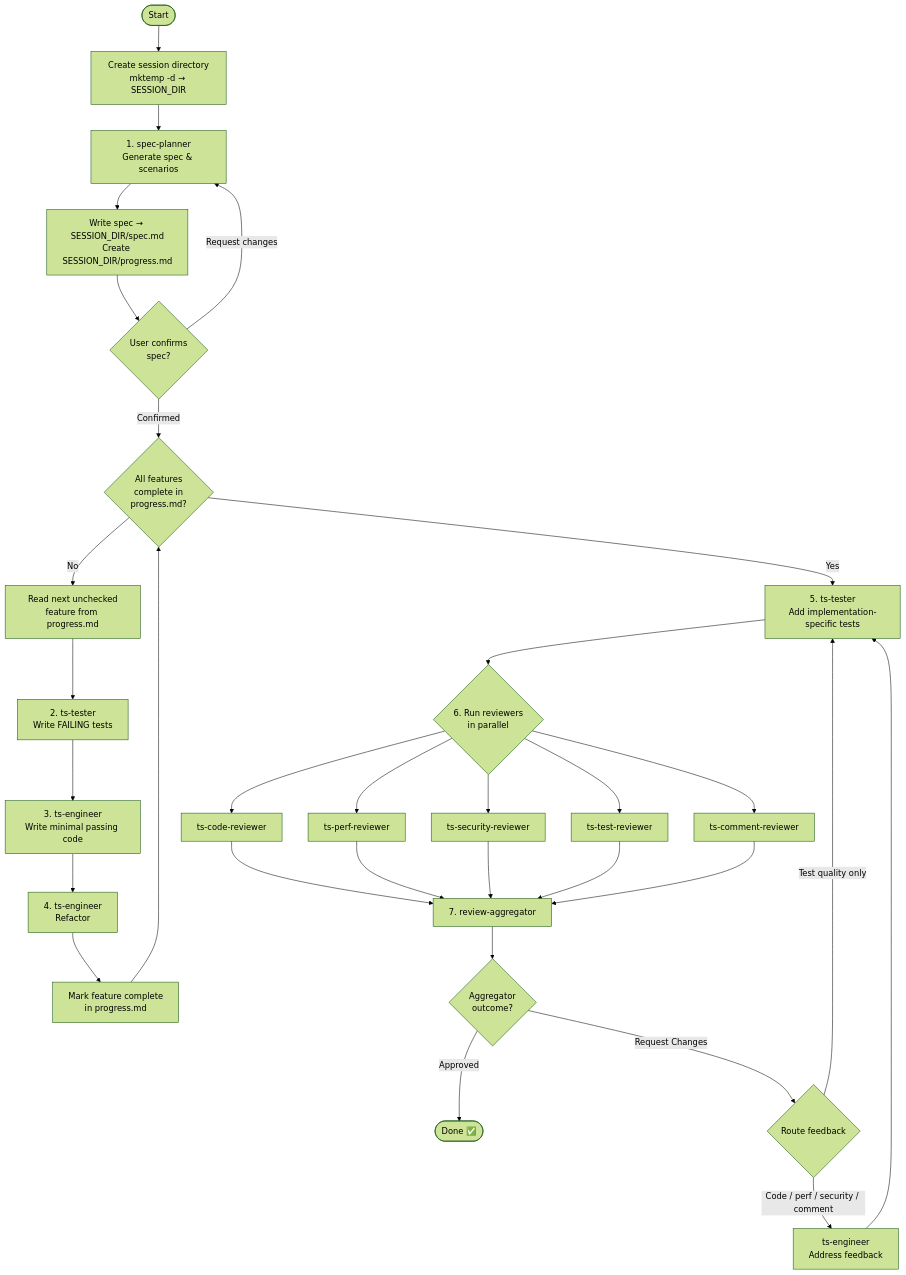
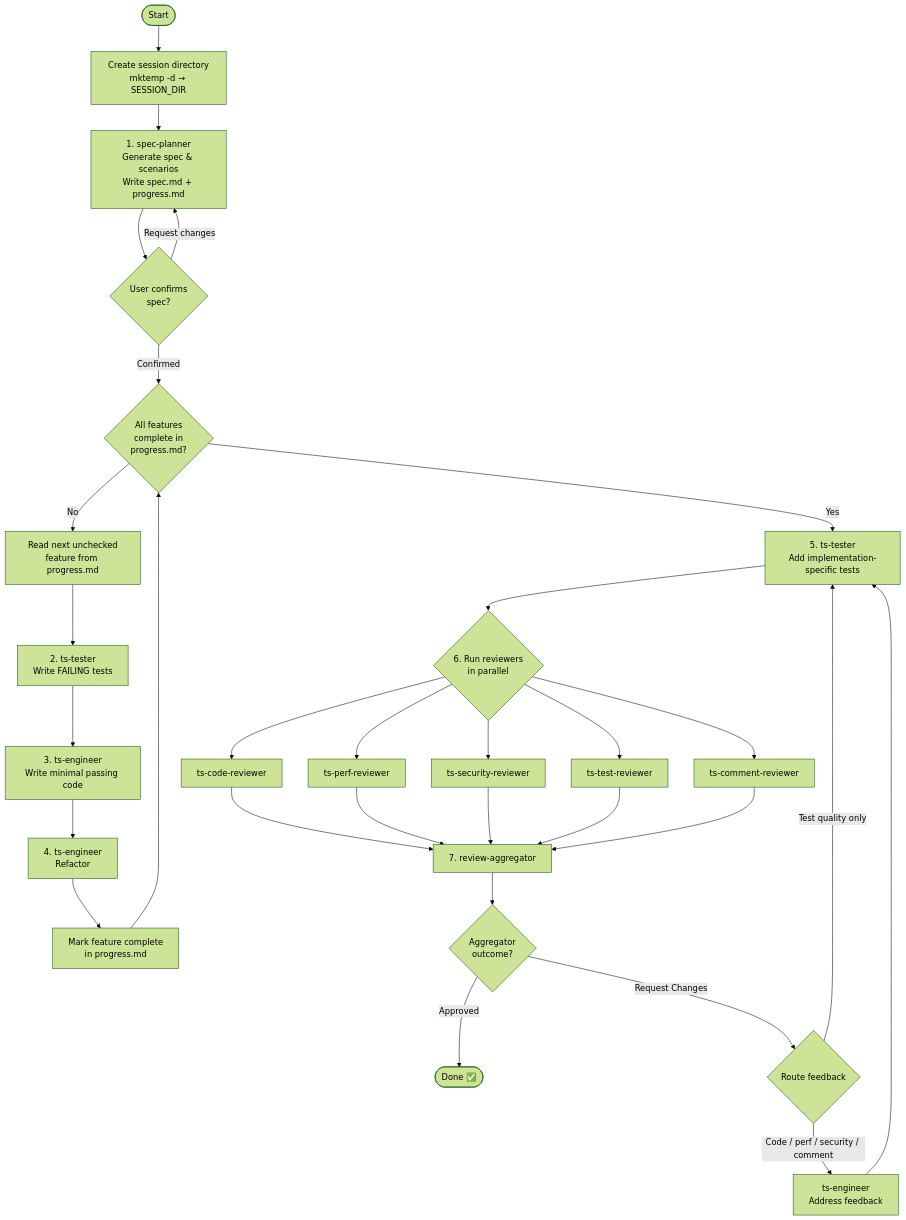
The diagram in .claude/commands/tdd.md (heimdallops/heimdall), drawn with Mermaid (forest theme) before and after one commit. The commit also changed other lines of this file and 1 other file, not shown here.

````diff
--- a/.claude/commands/tdd.md
+++ b/.claude/commands/tdd.md
@@ -11,29 +11,28 @@
 ```mermaid
 flowchart TD
   Start([Start]) --> MkDir["Create session directory\nmktemp -d → SESSION_DIR"]
-  MkDir --> Planner["1. spec-planner\nGenerate spec & scenarios"]
-  Planner --> WriteFiles["Write spec → SESSION_DIR/spec.md\nCreate SESSION_DIR/progress.md"]
-  WriteFiles --> Confirm{"User confirms\nspec?"}
+  MkDir --> Planner["1. spec-planner\nGenerate spec & scenarios\nWrite spec.md + progress.md"]
+  Planner --> Confirm{"User confirms\nspec?"}
   Confirm -- "Request changes" --> Planner
   Confirm -- Confirmed --> FeatureCheck{"All features\ncomplete in\nprogress.md?"}
   FeatureCheck -- No --> NextFeature["Read next unchecked\nfeature from progress.md"]
   NextFeature --> Tester1["2. ts-tester\nWrite FAILING tests"]
   Tester1 --> Engineer1["3. ts-engineer\nWrite minimal passing code"]
   Engineer1 --> Engineer2["4. ts-engineer\nRefactor"]
   Engineer2 --> UpdateProgress["Mark feature complete\nin progress.md"]
   UpdateProgress --> FeatureCheck
   FeatureCheck -- Yes --> Tester2["5. ts-tester\nAdd implementation-specific tests"]
   Tester2 --> Reviews{"6. Run reviewers\nin parallel"}
   Reviews --> CR["ts-code-reviewer"]
   Reviews --> PR["ts-perf-reviewer"]
   Reviews --> SR["ts-security-reviewer"]
   Reviews --> TR["ts-test-reviewer"]
   Reviews --> CMR["ts-comment-reviewer"]
   CR & PR & SR & TR & CMR --> Agg["7. review-aggregator"]
   Agg --> Outcome{"Aggregator\noutcome?"}
   Outcome -- Approved --> Done([Done ✅])
   Outcome -- "Request Changes" --> Route{Route feedback}
   Route -- "Code / perf / security / comment" --> EngFix["ts-engineer\nAddress feedback"]
   Route -- "Test quality only" --> Tester2
   EngFix --> Tester2
 ```
````
